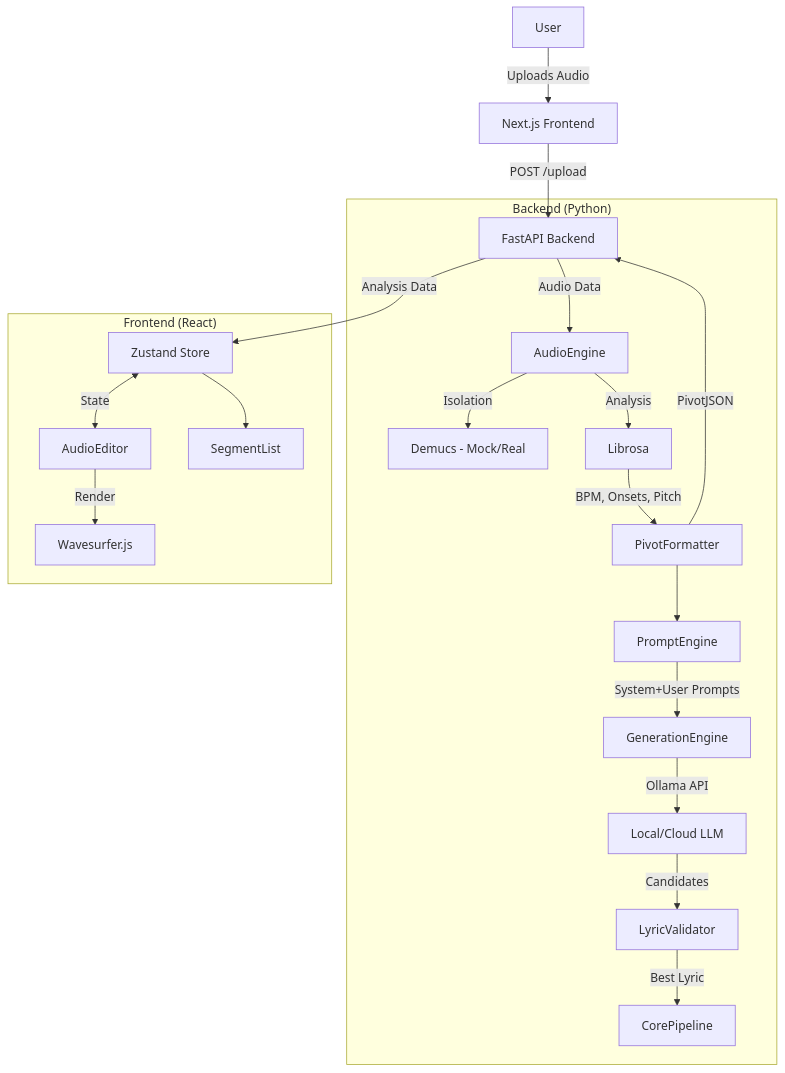
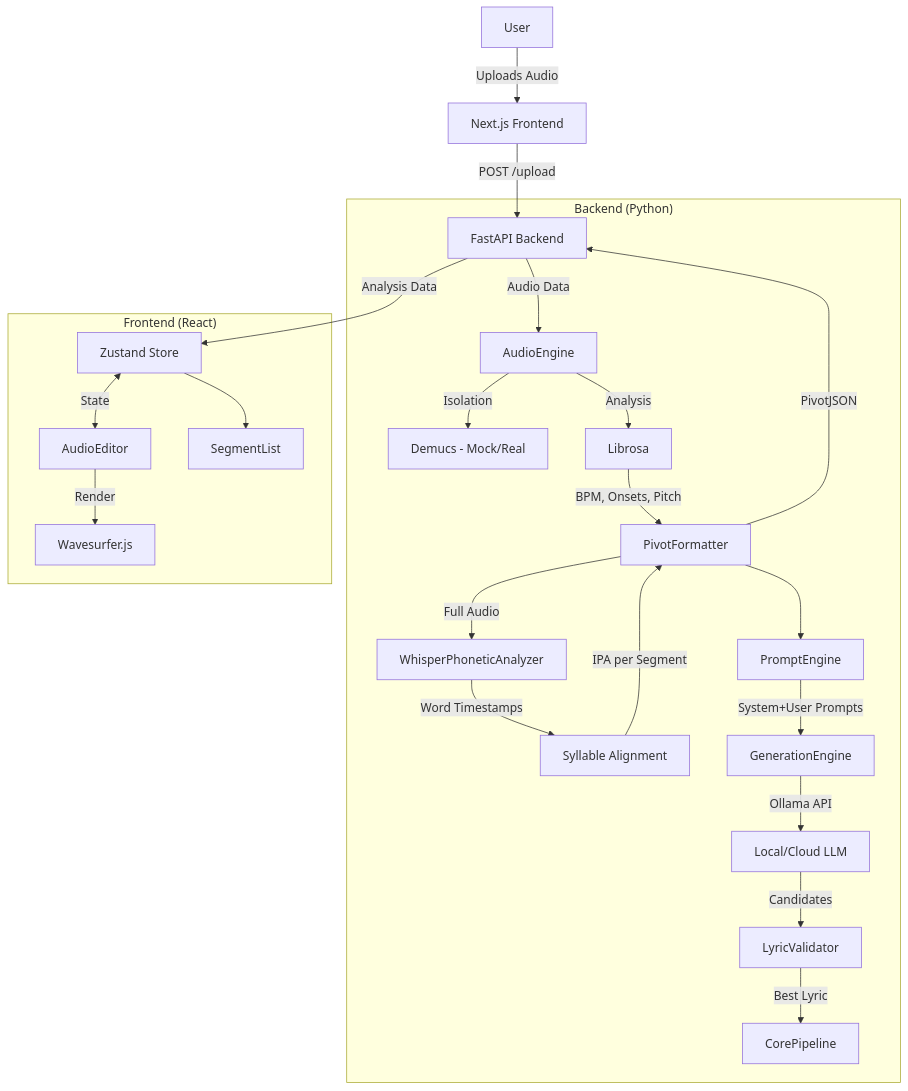
Before and after one commit to Aavkd/Lyrics.ai: the diagram in docs/ARCHITECTURE.md, drawn with Mermaid. The commit also changed other lines of this file and 14 other files, not shown here.

Commit message:
99% phonetic accuracy + perfect words alignment

````diff
--- a/docs/ARCHITECTURE.md
+++ b/docs/ARCHITECTURE.md
@@ -16,27 +16,31 @@
 ```mermaid
 graph TD
     User[User] -->|Uploads Audio| UI[Next.js Frontend]
     UI -->|POST /upload| API[FastAPI Backend]
     
     subgraph "Backend (Python)"
         API -->|Audio Data| Engine[AudioEngine]
         Engine -->|Isolation| Demucs[Demucs - Mock/Real]
         Engine -->|Analysis| Librosa[Librosa]
         Librosa -->|BPM, Onsets, Pitch| Formatter[PivotFormatter]
+        
+        Formatter -->|Full Audio| Whisper[WhisperPhoneticAnalyzer]
+        Whisper -->|Word Timestamps| Syllables[Syllable Alignment]
+        Syllables -->|IPA per Segment| Formatter
         
         Formatter -->|PivotJSON| API
         
         Formatter --> PromptEngine[PromptEngine]
         PromptEngine -->|System+User Prompts| GenEngine[GenerationEngine]
         GenEngine -->|Ollama API| LLM[Local/Cloud LLM]
         LLM -->|Candidates| Validator[LyricValidator]
         Validator -->|Best Lyric| CorePipeline[CorePipeline]
     end
     
     subgraph "Frontend (React)"
         Store[Zustand Store] <-->|State| Editor[AudioEditor]
         Editor -->|Render| Wavesurfer[Wavesurfer.js]
         API -->|Analysis Data| Store
         Store --> SegmentList[SegmentList]
     end
 ```
````
